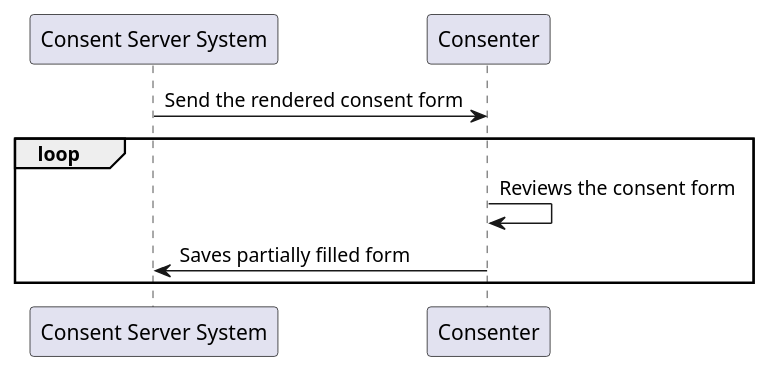
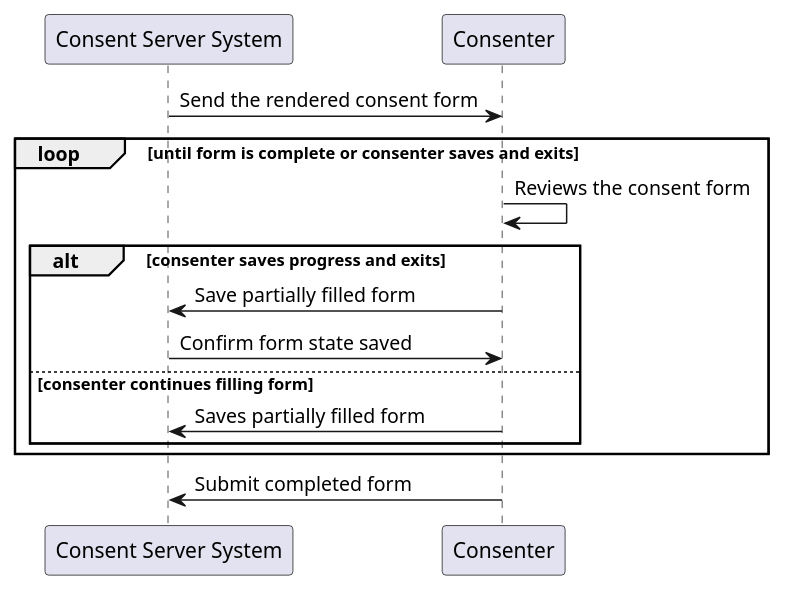
Before and after one commit to rettema/fhir-consent-management: the diagram in input/images-source/review-consent-sequence.plantuml, drawn with PlantUML.

Commit message:
FHIR-54789/FHIR-54359: Fix Review Consent diagram - add loop exit condition 'until form complete or consenter saves and exits'; add alt flow for save-and-exit vs continue; add Submit step on loop completion

```diff
--- a/input/images-source/review-consent-sequence.plantuml
+++ b/input/images-source/review-consent-sequence.plantuml
@@ -1,7 +1,13 @@
 @startuml
 "Consent Server System" -> Consenter: Send the rendered consent form
-loop
-    Consenter -> Consenter: Reviews the consent form 
-    Consenter -> "Consent Server System": Saves partially filled form
+loop until form is complete or consenter saves and exits
+    Consenter -> Consenter: Reviews the consent form
+    alt consenter saves progress and exits
+        Consenter -> "Consent Server System": Save partially filled form
+        "Consent Server System" -> Consenter: Confirm form state saved
+    else consenter continues filling form
+        Consenter -> "Consent Server System": Saves partially filled form
+    end
 end
+Consenter -> "Consent Server System": Submit completed form
 @enduml
```
